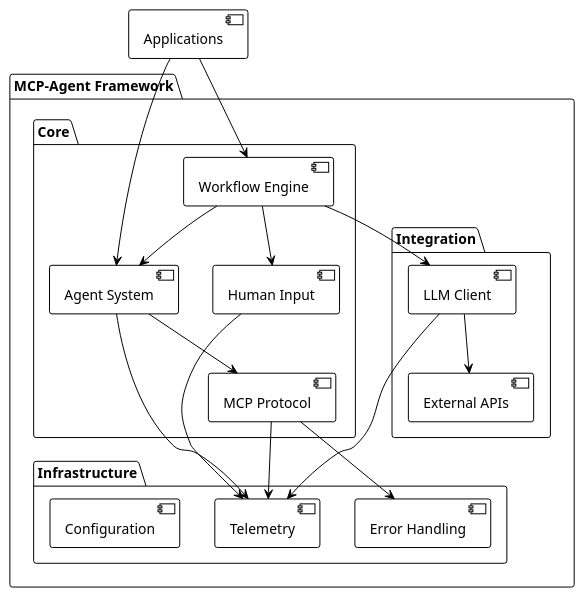
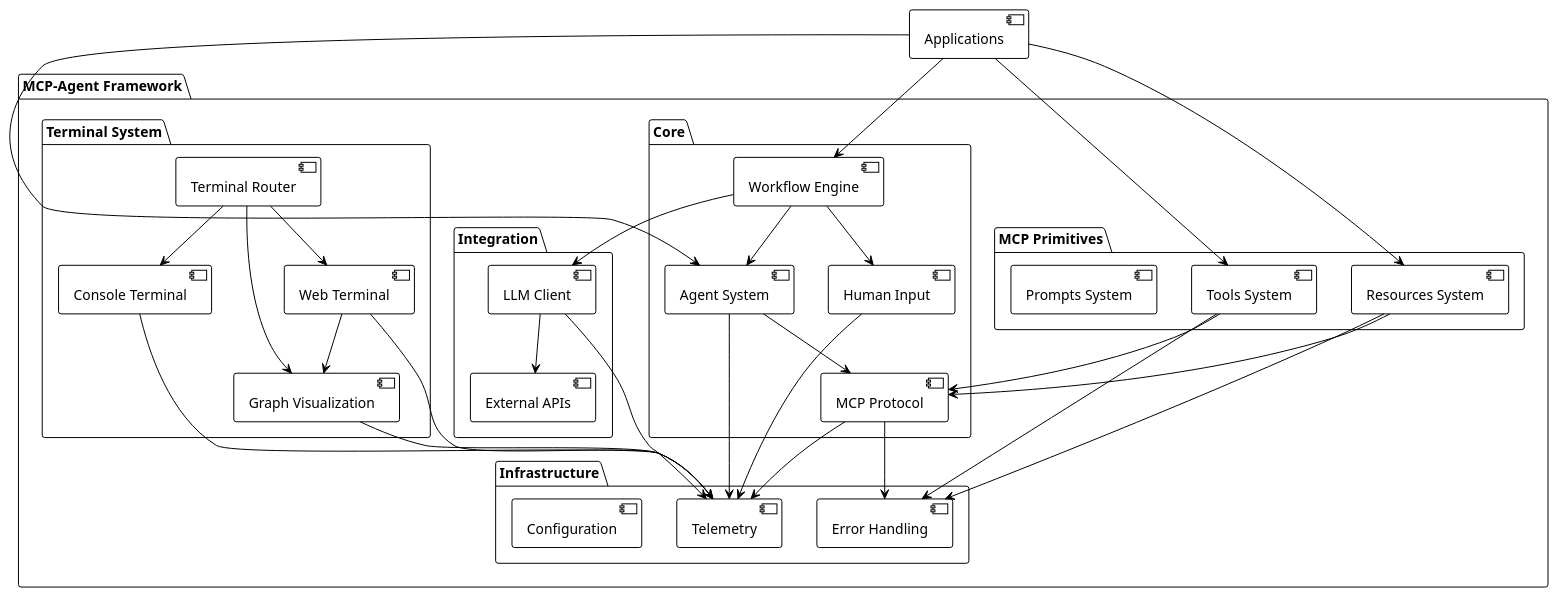
Before and after one commit to avrabe/mcp-agent-rs: the diagram in rust/docs/source/_static/component_diagram.puml, drawn with PlantUML. The commit also changed 12 other files, not shown here.

First line of the commit message:
feat(mcp): implement tools system and update documentation

```diff
--- a/rust/docs/source/_static/component_diagram.puml
+++ b/rust/docs/source/_static/component_diagram.puml
@@ -1,44 +1,74 @@
 @startuml
 !theme plain
 
 package "MCP-Agent Framework" {
     package "Core" {
         [MCP Protocol] as mcpproto
         [Agent System] as agent
         [Workflow Engine] as workflow
         [Human Input] as human
+    }
+    
+    package "MCP Primitives" {
+        [Tools System] as tools
+        [Resources System] as resources
+        [Prompts System] as prompts
     }
     
     package "Infrastructure" {
         [Telemetry] as telemetry
         [Error Handling] as error
         [Configuration] as config
     }
     
     package "Integration" {
         [LLM Client] as llm
         [External APIs] as external
     }
+    
+    package "Terminal System" {
+        [Console Terminal] as console
+        [Web Terminal] as web
+        [Terminal Router] as router
+        [Graph Visualization] as graph
+    }
 }
 
 [Applications] as app
 
 app --> workflow
 app --> agent
+app --> tools
+app --> resources
 
 workflow --> agent
 workflow --> human
 workflow --> llm
 
 agent --> mcpproto
 agent --> telemetry
+
+tools --> mcpproto
+tools --> error
+
+resources --> mcpproto
+resources --> error
 
 mcpproto --> error
 mcpproto --> telemetry
 
 llm --> external
 llm --> telemetry
 
 human --> telemetry
 
+router --> console
+router --> web
+router --> graph
+
+web --> graph
+console --> telemetry
+web --> telemetry
+graph --> telemetry
+
 @enduml
```
